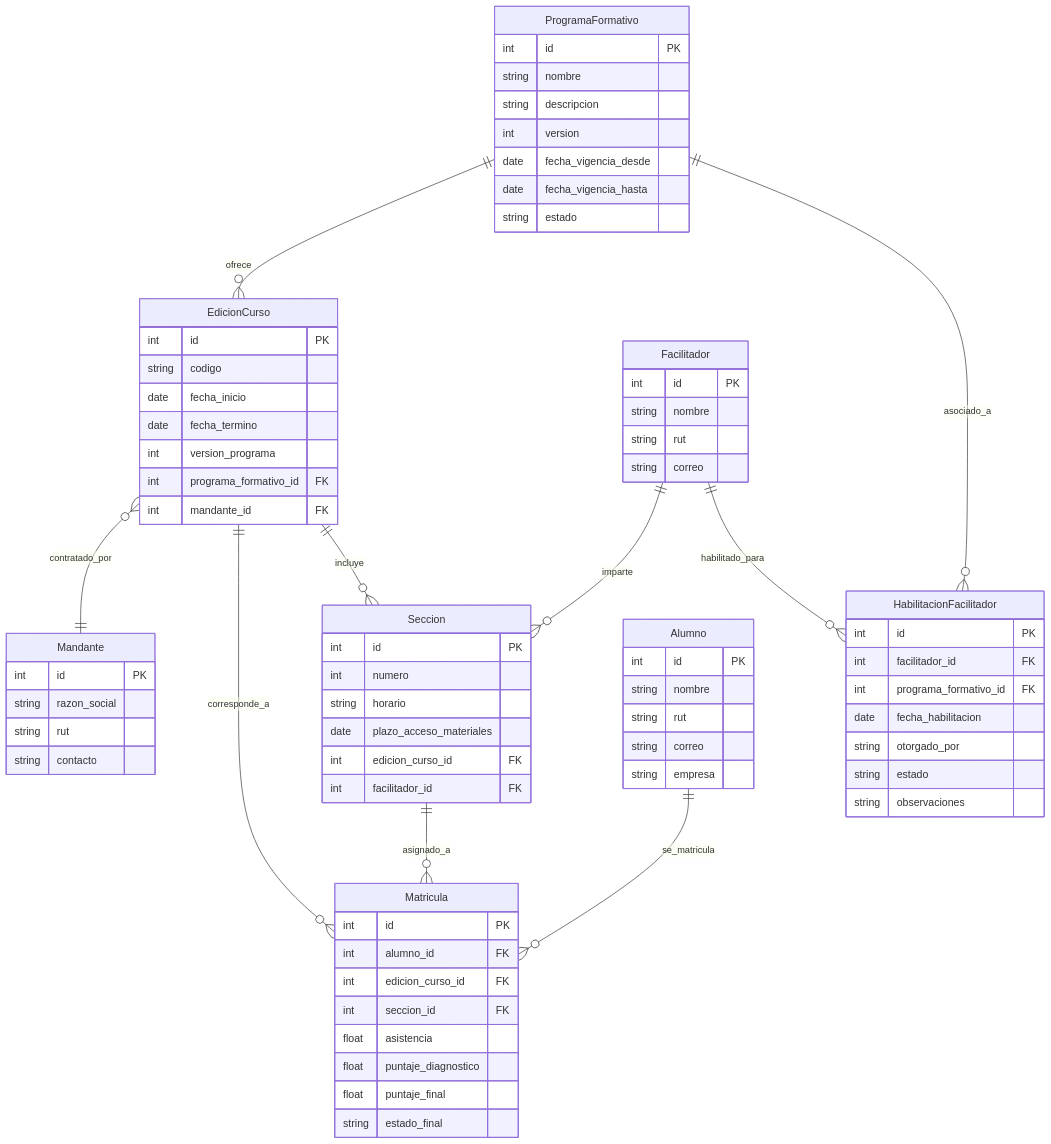
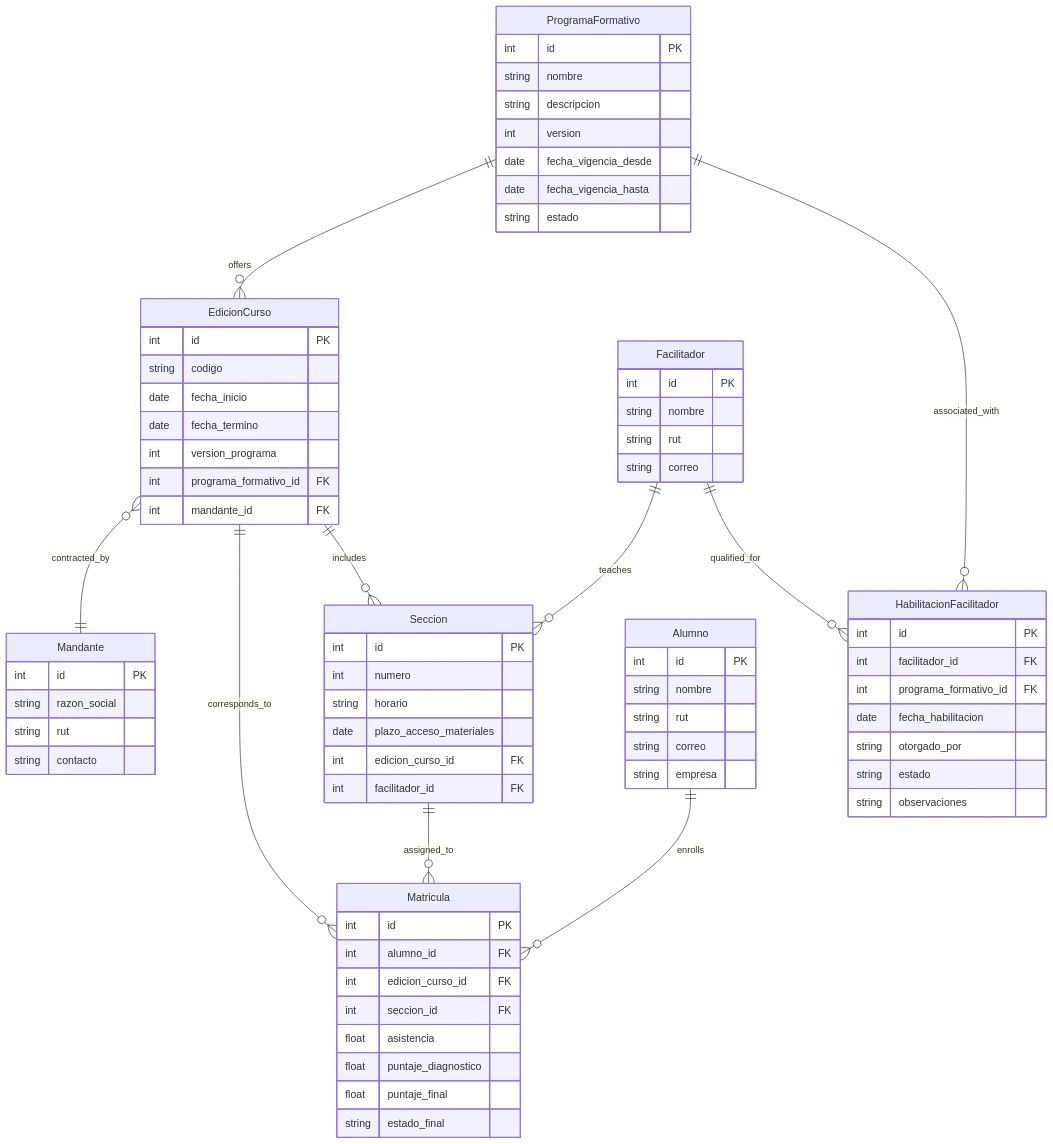
One commit to keber/otf-sisacad changed the diagram in docs/diag-er.md. Above: the diagram before and after it, drawn with Mermaid. The commit also changed other lines of this file and 12 other files, not shown here.

````diff
--- a/docs/diag-er.md
+++ b/docs/diag-er.md
@@ -3,7 +3,7 @@
 ```mermaid
 erDiagram
 
-%% =================== ENTIDADES ===================
+%% =================== ENTITIES ===================
 
 ProgramaFormativo {
     int id PK
@@ -77,17 +77,17 @@
     string estado_final
 }
 
-%% =================== RELACIONES ===================
+%% =================== RELATIONSHIPS ===================
 
-ProgramaFormativo ||--o{ EdicionCurso : ofrece
-EdicionCurso }o--|| Mandante : contratado_por
-Alumno ||--o{ Matricula : se_matricula
-EdicionCurso ||--o{ Matricula : corresponde_a
-Seccion ||--o{ Matricula : asignado_a
-EdicionCurso ||--o{ Seccion : incluye
-Facilitador ||--o{ Seccion : imparte
-Facilitador ||--o{ HabilitacionFacilitador : habilitado_para
-ProgramaFormativo ||--o{ HabilitacionFacilitador : asociado_a
+ProgramaFormativo ||--o{ EdicionCurso : offers
+EdicionCurso }o--|| Mandante : contracted_by
+Alumno ||--o{ Matricula : enrolls
+EdicionCurso ||--o{ Matricula : corresponds_to
+Seccion ||--o{ Matricula : assigned_to
+EdicionCurso ||--o{ Seccion : includes
+Facilitador ||--o{ Seccion : teaches
+Facilitador ||--o{ HabilitacionFacilitador : qualified_for
+ProgramaFormativo ||--o{ HabilitacionFacilitador : associated_with
 
 
 ```
````
